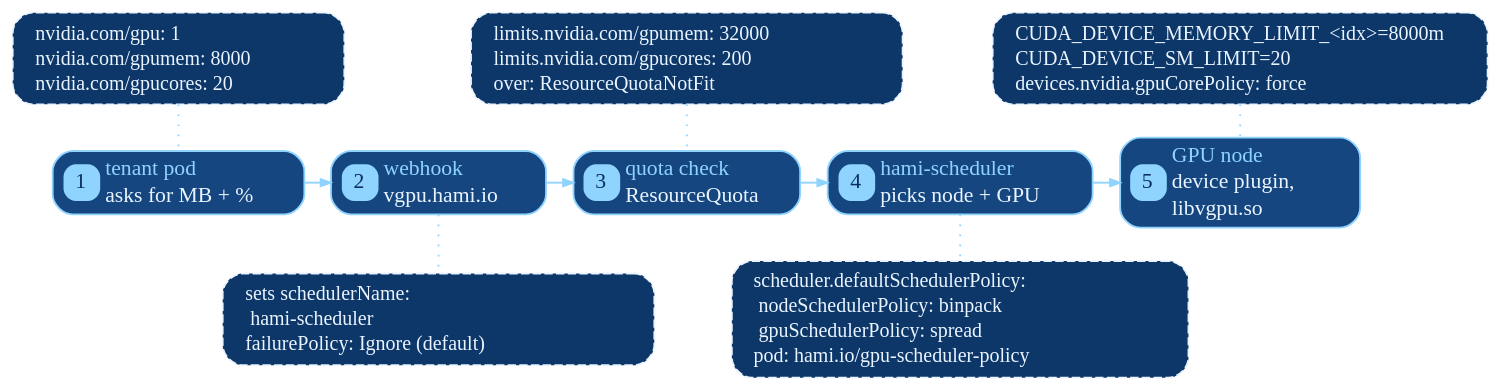
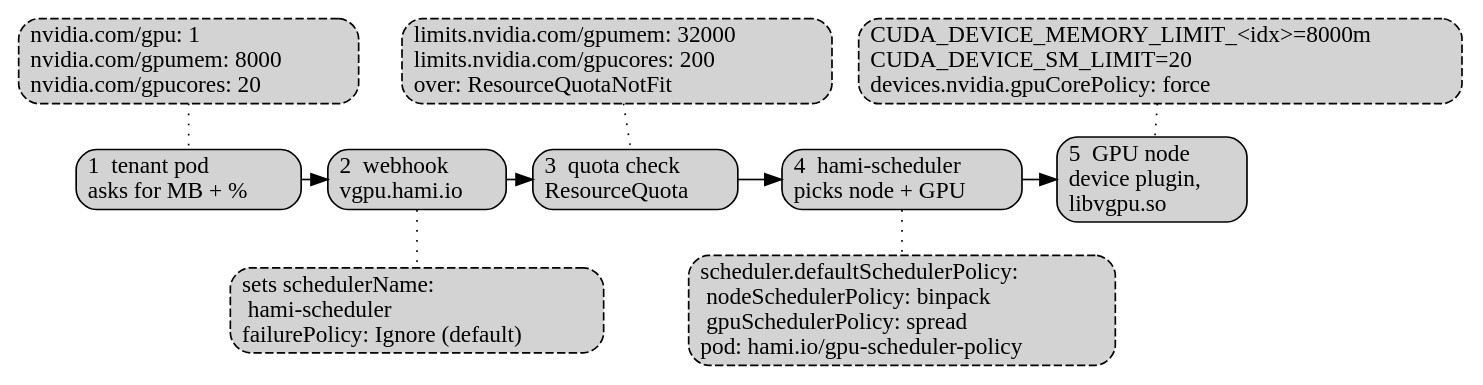
The fourth of 6 diagrams in containerdays_neocloud_blueprint.md (fishing-agents/talks), drawn with Graphviz before and after one commit. The commit also changed other lines of this file and 1 other file, not shown here.

Commit message:
fix(containerdays): drop custom CSS, theme diagrams, plain DRA wording

````diff
--- a/containerdays_neocloud_blueprint.md
+++ b/containerdays_neocloud_blueprint.md
@@ -751,31 +749,28 @@
 ```dot
 digraph G {
   rankdir=TB
-  bgcolor=transparent
   newrank=true
   nodesep=0.22
   ranksep=0.28
-  fontname="Noto Sans Mono SemiCondensed"
-  node [shape=box style="rounded,filled" fillcolor="#0d3769" fontname="Noto Sans Mono SemiCondensed" fontsize=13 margin="0.05,0.02" color="#eaf4ff" fontcolor="#eaf4ff" penwidth=1.1]
-  edge [color="#8fd3ff" fontname="Noto Sans Mono SemiCondensed" fontsize=12 fontcolor="#8fd3ff" arrowsize=0.6 penwidth=1.1]
-  s1 [color="#8fd3ff" fillcolor="#15467f" label=<<TABLE BORDER="0" CELLBORDER="0" CELLSPACING="2" CELLPADDING="0"><TR><TD VALIGN="MIDDLE"><TABLE BORDER="0" CELLPADDING="0" CELLSPACING="0"><TR><TD BGCOLOR="#8fd3ff" STYLE="ROUNDED" FIXEDSIZE="TRUE" WIDTH="22" HEIGHT="22"><FONT COLOR="#0b2f5c">1</FONT></TD></TR></TABLE></TD><TD ALIGN="LEFT"><TABLE BORDER="0" CELLBORDER="0" CELLSPACING="0" CELLPADDING="1"><TR><TD ALIGN="LEFT"><FONT COLOR="#8fd3ff">tenant pod</FONT></TD></TR><TR><TD ALIGN="LEFT"><FONT>asks for MB + %</FONT></TD></TR></TABLE></TD></TR></TABLE>>]
-  s2 [color="#8fd3ff" fillcolor="#15467f" label=<<TABLE BORDER="0" CELLBORDER="0" CELLSPACING="2" CELLPADDING="0"><TR><TD VALIGN="MIDDLE"><TABLE BORDER="0" CELLPADDING="0" CELLSPACING="0"><TR><TD BGCOLOR="#8fd3ff" STYLE="ROUNDED" FIXEDSIZE="TRUE" WIDTH="22" HEIGHT="22"><FONT COLOR="#0b2f5c">2</FONT></TD></TR></TABLE></TD><TD ALIGN="LEFT"><TABLE BORDER="0" CELLBORDER="0" CELLSPACING="0" CELLPADDING="1"><TR><TD ALIGN="LEFT"><FONT COLOR="#8fd3ff">webhook</FONT></TD></TR><TR><TD ALIGN="LEFT"><FONT>vgpu.hami.io</FONT></TD></TR></TABLE></TD></TR></TABLE>>]
-  s3 [color="#8fd3ff" fillcolor="#15467f" label=<<TABLE BORDER="0" CELLBORDER="0" CELLSPACING="2" CELLPADDING="0"><TR><TD VALIGN="MIDDLE"><TABLE BORDER="0" CELLPADDING="0" CELLSPACING="0"><TR><TD BGCOLOR="#8fd3ff" STYLE="ROUNDED" FIXEDSIZE="TRUE" WIDTH="22" HEIGHT="22"><FONT COLOR="#0b2f5c">3</FONT></TD></TR></TABLE></TD><TD ALIGN="LEFT"><TABLE BORDER="0" CELLBORDER="0" CELLSPACING="0" CELLPADDING="1"><TR><TD ALIGN="LEFT"><FONT COLOR="#8fd3ff">quota check</FONT></TD></TR><TR><TD ALIGN="LEFT"><FONT>ResourceQuota</FONT></TD></TR></TABLE></TD></TR></TABLE>>]
-  s4 [color="#8fd3ff" fillcolor="#15467f" label=<<TABLE BORDER="0" CELLBORDER="0" CELLSPACING="2" CELLPADDING="0"><TR><TD VALIGN="MIDDLE"><TABLE BORDER="0" CELLPADDING="0" CELLSPACING="0"><TR><TD BGCOLOR="#8fd3ff" STYLE="ROUNDED" FIXEDSIZE="TRUE" WIDTH="22" HEIGHT="22"><FONT COLOR="#0b2f5c">4</FONT></TD></TR></TABLE></TD><TD ALIGN="LEFT"><TABLE BORDER="0" CELLBORDER="0" CELLSPACING="0" CELLPADDING="1"><TR><TD ALIGN="LEFT"><FONT COLOR="#8fd3ff">hami-scheduler</FONT></TD></TR><TR><TD ALIGN="LEFT"><FONT>picks node + GPU</FONT></TD></TR></TABLE></TD></TR></TABLE>>]
-  s5 [color="#8fd3ff" fillcolor="#15467f" label=<<TABLE BORDER="0" CELLBORDER="0" CELLSPACING="2" CELLPADDING="0"><TR><TD VALIGN="MIDDLE"><TABLE BORDER="0" CELLPADDING="0" CELLSPACING="0"><TR><TD BGCOLOR="#8fd3ff" STYLE="ROUNDED" FIXEDSIZE="TRUE" WIDTH="22" HEIGHT="22"><FONT COLOR="#0b2f5c">5</FONT></TD></TR></TABLE></TD><TD ALIGN="LEFT"><TABLE BORDER="0" CELLBORDER="0" CELLSPACING="0" CELLPADDING="1"><TR><TD ALIGN="LEFT"><FONT COLOR="#8fd3ff">GPU node</FONT></TD></TR><TR><TD ALIGN="LEFT"><FONT>device plugin,</FONT></TD></TR><TR><TD ALIGN="LEFT"><FONT>libvgpu.so</FONT></TD></TR></TABLE></TD></TR></TABLE>>]
-  k1 [style="rounded,dashed,filled" color="#eaf4ff" fillcolor="#0d3769" margin="0.16,0.07" label=<<TABLE BORDER="0" CELLBORDER="0" CELLSPACING="0" CELLPADDING="1"><TR><TD ALIGN="LEFT"><FONT POINT-SIZE="12">nvidia.com/gpu: 1</FONT></TD></TR><TR><TD ALIGN="LEFT"><FONT POINT-SIZE="12">nvidia.com/gpumem: 8000</FONT></TD></TR><TR><TD ALIGN="LEFT"><FONT POINT-SIZE="12">nvidia.com/gpucores: 20</FONT></TD></TR></TABLE>>]
-  k2 [style="rounded,dashed,filled" color="#eaf4ff" fillcolor="#0d3769" margin="0.16,0.07" label=<<TABLE BORDER="0" CELLBORDER="0" CELLSPACING="0" CELLPADDING="1"><TR><TD ALIGN="LEFT"><FONT POINT-SIZE="12">sets schedulerName:</FONT></TD></TR><TR><TD ALIGN="LEFT"><FONT POINT-SIZE="12">  hami-scheduler</FONT></TD></TR><TR><TD ALIGN="LEFT"><FONT POINT-SIZE="12">failurePolicy: Ignore (default)</FONT></TD></TR></TABLE>>]
-  k3 [style="rounded,dashed,filled" color="#eaf4ff" fillcolor="#0d3769" margin="0.16,0.07" label=<<TABLE BORDER="0" CELLBORDER="0" CELLSPACING="0" CELLPADDING="1"><TR><TD ALIGN="LEFT"><FONT POINT-SIZE="12">limits.nvidia.com/gpumem: 32000</FONT></TD></TR><TR><TD ALIGN="LEFT"><FONT POINT-SIZE="12">limits.nvidia.com/gpucores: 200</FONT></TD></TR><TR><TD ALIGN="LEFT"><FONT POINT-SIZE="12">over: ResourceQuotaNotFit</FONT></TD></TR></TABLE>>]
-  k4 [style="rounded,dashed,filled" color="#eaf4ff" fillcolor="#0d3769" margin="0.16,0.07" label=<<TABLE BORDER="0" CELLBORDER="0" CELLSPACING="0" CELLPADDING="1"><TR><TD ALIGN="LEFT"><FONT POINT-SIZE="12">scheduler.defaultSchedulerPolicy:</FONT></TD></TR><TR><TD ALIGN="LEFT"><FONT POINT-SIZE="12">  nodeSchedulerPolicy: binpack</FONT></TD></TR><TR><TD ALIGN="LEFT"><FONT POINT-SIZE="12">  gpuSchedulerPolicy: spread</FONT></TD></TR><TR><TD ALIGN="LEFT"><FONT POINT-SIZE="12">pod: hami.io/gpu-scheduler-policy</FONT></TD></TR></TABLE>>]
-  k5 [style="rounded,dashed,filled" color="#eaf4ff" fillcolor="#0d3769" margin="0.16,0.07" label=<<TABLE BORDER="0" CELLBORDER="0" CELLSPACING="0" CELLPADDING="1"><TR><TD ALIGN="LEFT"><FONT POINT-SIZE="12">CUDA_DEVICE_MEMORY_LIMIT_&lt;idx&gt;=8000m</FONT></TD></TR><TR><TD ALIGN="LEFT"><FONT POINT-SIZE="12">CUDA_DEVICE_SM_LIMIT=20</FONT></TD></TR><TR><TD ALIGN="LEFT"><FONT POINT-SIZE="12">devices.nvidia.gpuCorePolicy: force</FONT></TD></TR></TABLE>>]
+  node [shape=box style="rounded,filled" margin="0.1,0.04"]
+  s1 [label="1  tenant pod\lasks for MB + %\l" class="red"]
+  s2 [label="2  webhook\lvgpu.hami.io\l" class="cyan"]
+  s3 [label="3  quota check\lResourceQuota\l" class="red"]
+  s4 [label="4  hami-scheduler\lpicks node + GPU\l" class="cyan"]
+  s5 [label="5  GPU node\ldevice plugin,\llibvgpu.so\l" class="green"]
+  k1 [label="nvidia.com/gpu: 1\lnvidia.com/gpumem: 8000\lnvidia.com/gpucores: 20\l" style="rounded,filled,dashed"]
+  k2 [label="sets schedulerName:\l  hami-scheduler\lfailurePolicy: Ignore (default)\l" style="rounded,filled,dashed"]
+  k3 [label="limits.nvidia.com/gpumem: 32000\llimits.nvidia.com/gpucores: 200\lover: ResourceQuotaNotFit\l" style="rounded,filled,dashed"]
+  k4 [label="scheduler.defaultSchedulerPolicy:\l  nodeSchedulerPolicy: binpack\l  gpuSchedulerPolicy: spread\lpod: hami.io/gpu-scheduler-policy\l" style="rounded,filled,dashed"]
+  k5 [label="CUDA_DEVICE_MEMORY_LIMIT_<idx>=8000m\lCUDA_DEVICE_SM_LIMIT=20\ldevices.nvidia.gpuCorePolicy: force\l" style="rounded,filled,dashed"]
   {rank=same; s1; s2; s3; s4; s5}
   {rank=same; k1; k3; k5}
   {rank=same; k2; k4}
   s1 -> s2 -> s3 -> s4 -> s5
   k1 -> s1 [style=dotted arrowhead=none]
   k3 -> s3 [style=dotted arrowhead=none]
   k5 -> s5 [style=dotted arrowhead=none]
   s2 -> k2 [style=dotted arrowhead=none]
   s4 -> k4 [style=dotted arrowhead=none]
 }
 ```
````
